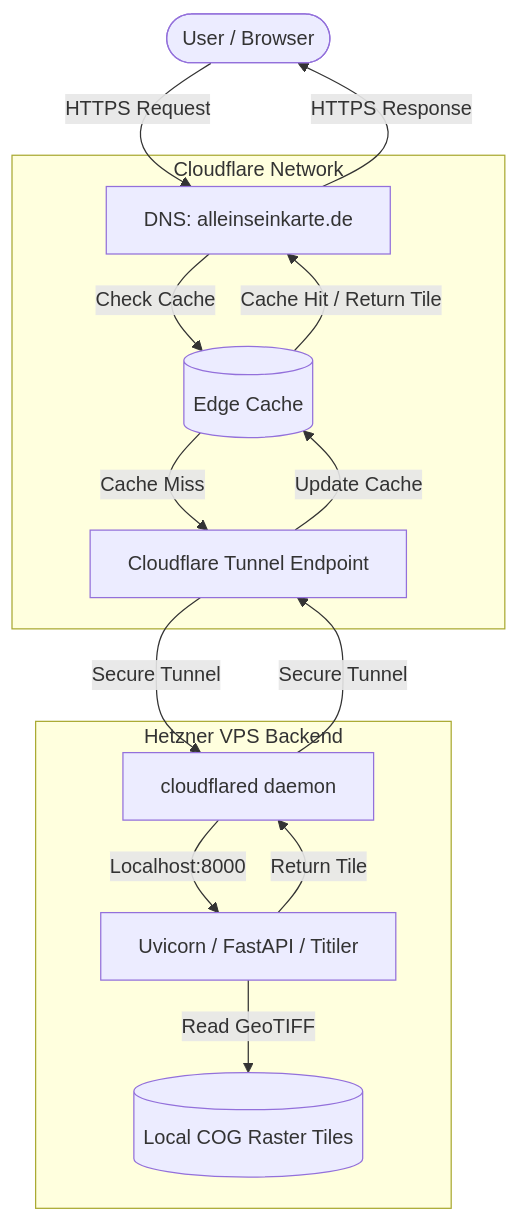
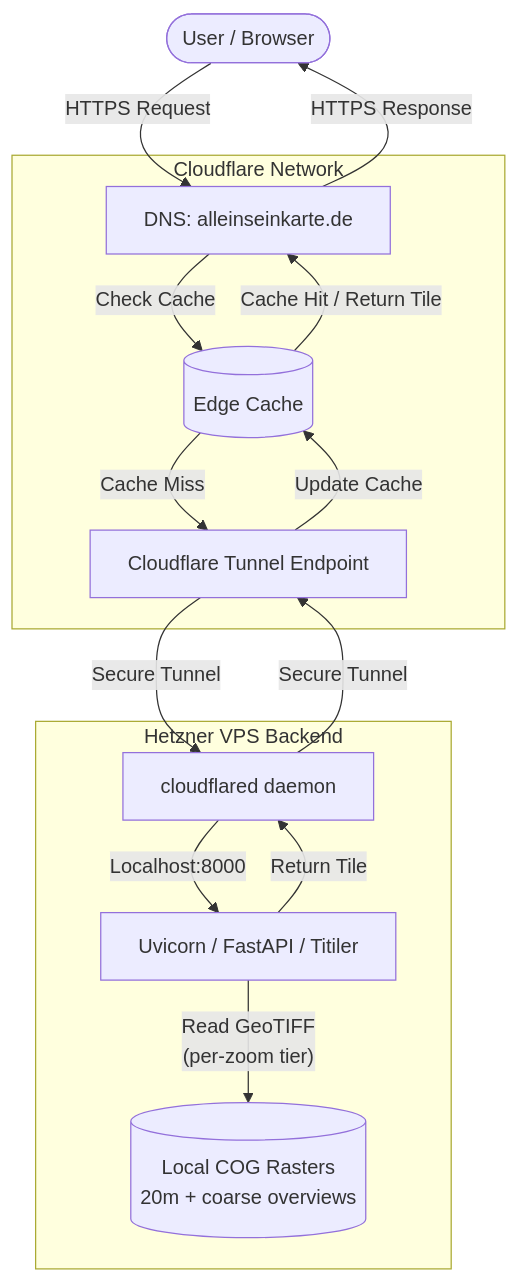
The first of 2 diagrams in docs/architecture.md (gregor-d/alleinsein), drawn with Mermaid before and after one commit. The commit also changed other lines of this file and 2 other files, not shown here.

Commit message:
docs: update README and architecture to clarify raster tiering and COG outputs

````diff
--- a/docs/architecture.md
+++ b/docs/architecture.md
@@ -7,30 +7,30 @@
 ```mermaid
 graph TD
     User([User / Browser])
 
     subgraph Cloudflare [Cloudflare Network]
         CF_DNS[DNS: alleinseinkarte.de]
         CF_Cache[(Edge Cache)]
         CF_Tunnel[Cloudflare Tunnel Endpoint]
     end
 
     subgraph VPS [Hetzner VPS Backend]
         CFD[cloudflared daemon]
-        App[Uvicorn / FastAPI / Titiler]
-        Data[(Local COG Raster Tiles)]
+        DockerApp[Uvicorn / FastAPI / Titiler]
+        Data[("Local COG Rasters<br/>20m + coarse overviews")]
     end
 
     User -- "HTTPS Request" --> CF_DNS
     CF_DNS -- "Check Cache" --> CF_Cache
 
     CF_Cache -- "Cache Miss" --> CF_Tunnel
     CF_Tunnel -- "Secure Tunnel" --> CFD
-    CFD -- "Localhost:8000" --> App
-    App -- "Read GeoTIFF" --> Data
-    App -- "Return Tile" --> CFD
+    CFD -- "Localhost:8000" --> DockerApp
+    DockerApp -- "Read GeoTIFF<br/>(per-zoom tier)" --> Data
+    DockerApp -- "Return Tile" --> CFD
     CFD -- "Secure Tunnel" --> CF_Tunnel
     CF_Tunnel -- "Update Cache" --> CF_Cache
 
     CF_Cache -- "Cache Hit / Return Tile" --> CF_DNS
     CF_DNS -- "HTTPS Response" --> User
 ```
````
